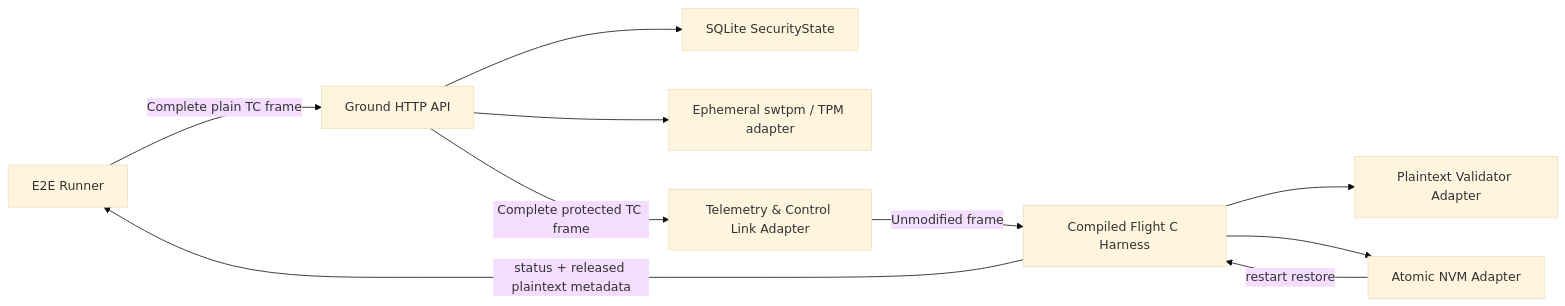
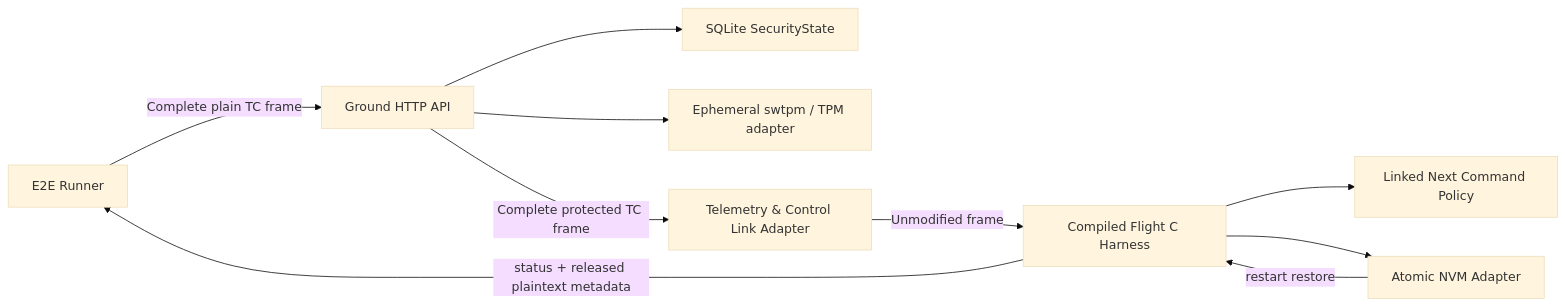
The diagram in docs/TC_END_TO_END_TEST_DESIGN.md (HangzeGao/key-vault), drawn with Mermaid (base theme) before and after one commit. The commit also changed other lines of this file and 40 other files, not shown here.

````diff
--- a/docs/TC_END_TO_END_TEST_DESIGN.md
+++ b/docs/TC_END_TO_END_TEST_DESIGN.md
@@ -54,12 +54,12 @@
 ```mermaid
 flowchart LR
     T["E2E Runner"] -->|"Complete plain TC frame"| G["Ground HTTP API"]
     G --> P["SQLite SecurityState"]
     G --> K["Ephemeral swtpm / TPM adapter"]
     G -->|"Complete protected TC frame"| L["Telemetry & Control Link Adapter"]
     L -->|"Unmodified frame"| F["Compiled Flight C Harness"]
-    F --> V["Plaintext Validator Adapter"]
+    F --> V["Linked Next Command Policy"]
     F --> N["Atomic NVM Adapter"]
     F -->|"status + released plaintext metadata"| T
     N -->|"restart restore"| F
 ```
````
